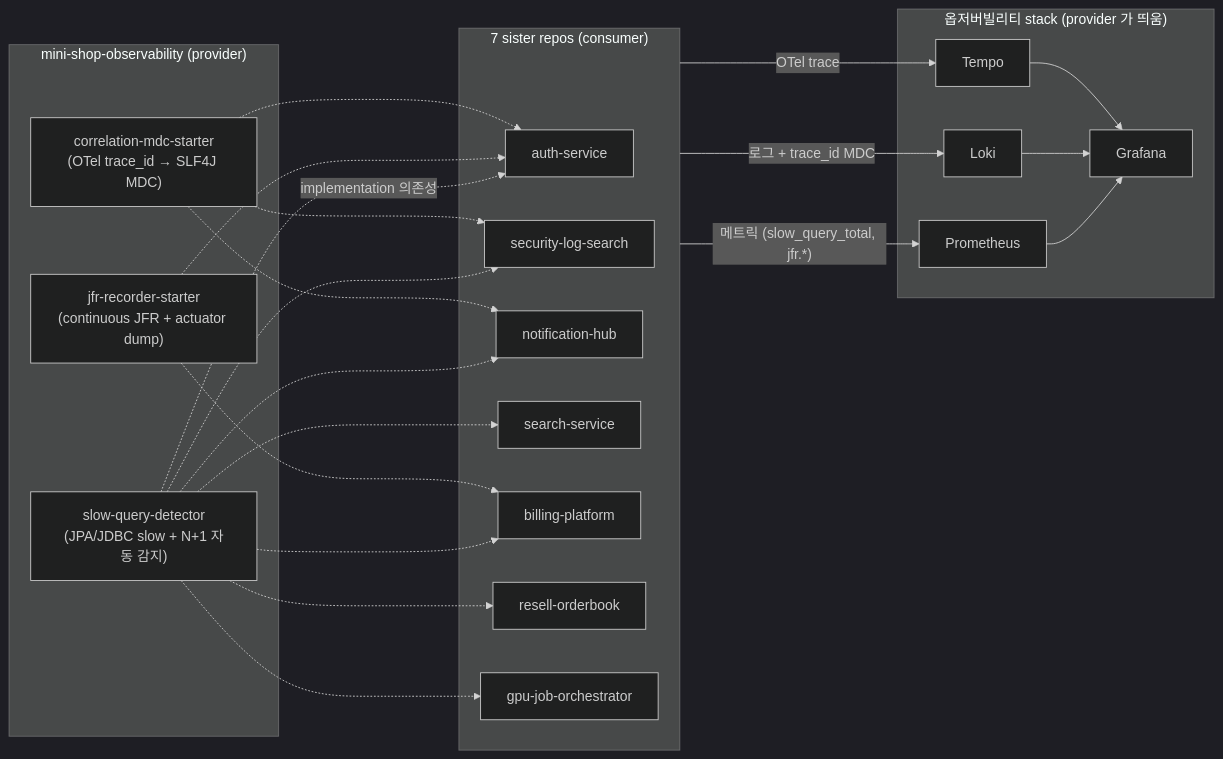
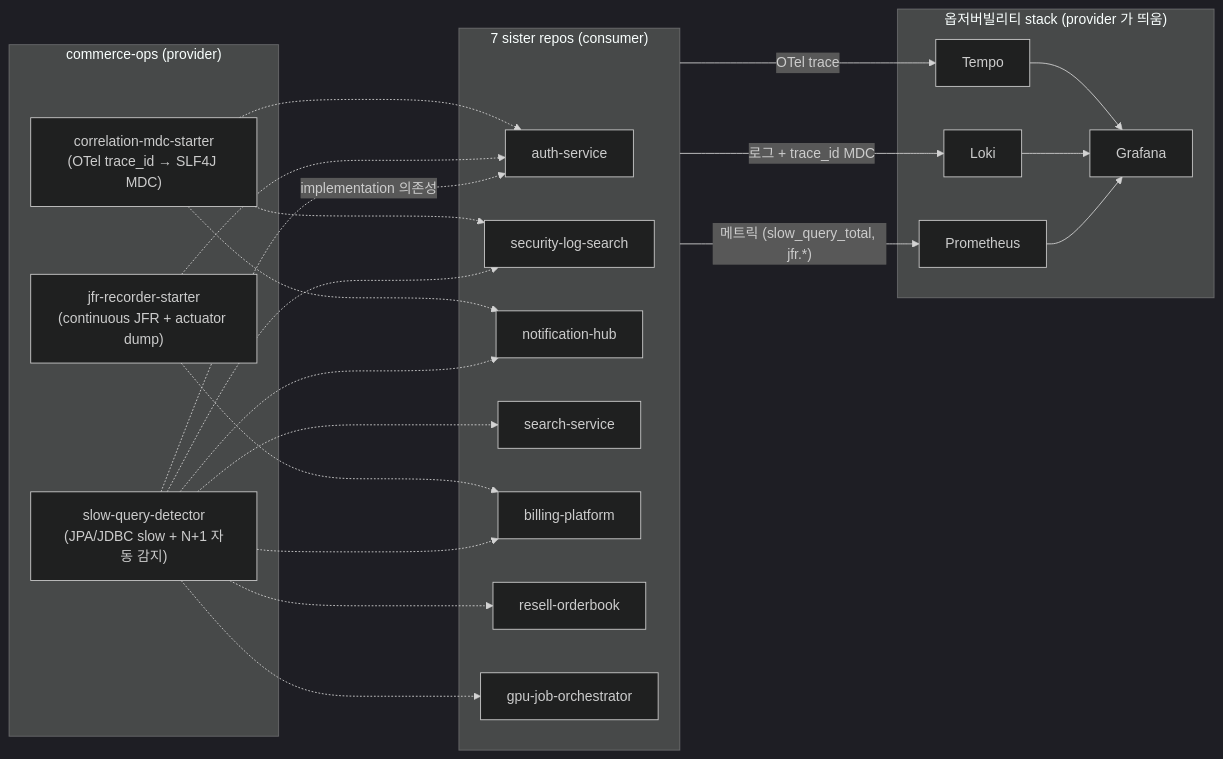
The diagram in README.md (ssa1004/commerce-ops), drawn with Mermaid (dark theme) before and after one commit. The commit also changed other lines of this file and 3 other files, not shown here.

First line of the commit message:
chore: rename mini-shop-observability → commerce-ops (top-level README / catalog / alerts)

````diff
--- a/README.md
+++ b/README.md
@@ -49,45 +49,45 @@
 ```mermaid
 flowchart LR
-  subgraph providers["mini-shop-observability (provider)"]
+  subgraph providers["commerce-ops (provider)"]
     SQ["slow-query-detector\n(JPA/JDBC slow + N+1 자동 감지)"]
     JFR["jfr-recorder-starter\n(continuous JFR + actuator dump)"]
     MDC["correlation-mdc-starter\n(OTel trace_id → SLF4J MDC)"]
   end
 
   subgraph consumers["7 sister repos (consumer)"]
     AUTH[auth-service]
     SEC[security-log-search]
     NOTI[notification-hub]
     SEARCH[search-service]
     BILL[billing-platform]
     RESELL[resell-orderbook]
     GPU[gpu-job-orchestrator]
   end
 
   subgraph stack["옵저버빌리티 stack (provider 가 띄움)"]
     PROM[Prometheus]
     LOKI[Loki]
     TEMPO[Tempo]
     GRAF[Grafana]
   end
 
   SQ -.implementation 의존성.-> AUTH
   SQ -.-> SEC
   SQ -.-> NOTI
   SQ -.-> SEARCH
   SQ -.-> BILL
   SQ -.-> RESELL
   SQ -.-> GPU
   JFR -.-> AUTH
   JFR -.-> BILL
   MDC -.-> AUTH
   MDC -.-> SEC
   MDC -.-> NOTI
 
   consumers -- "메트릭 (slow_query_total, jfr.*)" --> PROM
   consumers -- "로그 + trace_id MDC" --> LOKI
   consumers -- "OTel trace" --> TEMPO
   PROM --> GRAF
   LOKI --> GRAF
   TEMPO --> GRAF
 ```
````
